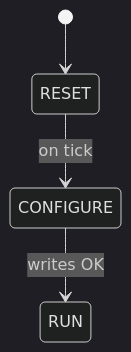
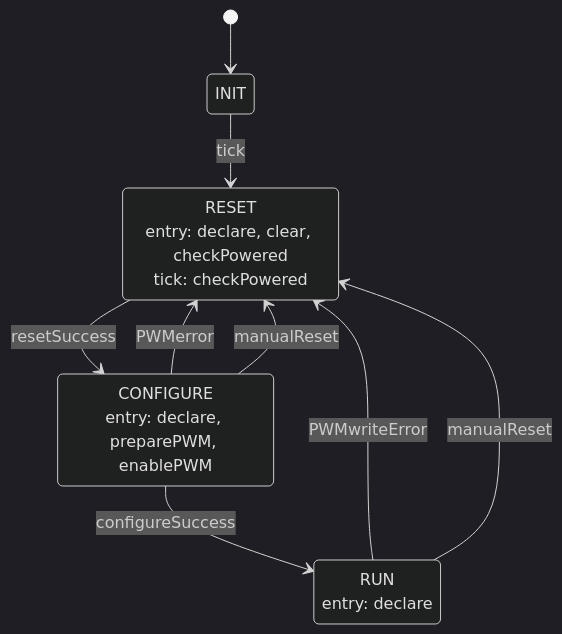
Before and after one commit to UWCubeSat/hs2-software-design: the diagram in docs/Thermal/HeaterManager.md, drawn with Mermaid (dark theme). The commit also changed other lines of this file and 14 other files, not shown here.

Commit message:
docs: resolve diagram and naming conflicts

````diff
--- a/docs/Thermal/HeaterManager.md
+++ b/docs/Thermal/HeaterManager.md
@@ -72,6 +50,24 @@
 ```mermaid
 stateDiagram-v2
-    [*] --> RESET
-    RESET --> CONFIGURE: on tick
-    CONFIGURE --> RUN: writes OK
+  state "RESET
+    entry: declare, clear, checkPowered
+    tick: checkPowered
+  " as RESET
+
+  state "CONFIGURE
+    entry: declare, preparePWM, enablePWM
+  " as CONFIGURE
+
+  state "RUN
+    entry: declare
+  " as RUN
+
+  [*] --> INIT
+  INIT --> RESET: tick
+  RESET --> CONFIGURE: resetSuccess
+  CONFIGURE --> RUN: configureSuccess
+  CONFIGURE --> RESET: PWMerror
+  CONFIGURE --> RESET: manualReset
+  RUN --> RESET: PWMwriteError
+  RUN --> RESET: manualReset
 ```
````
